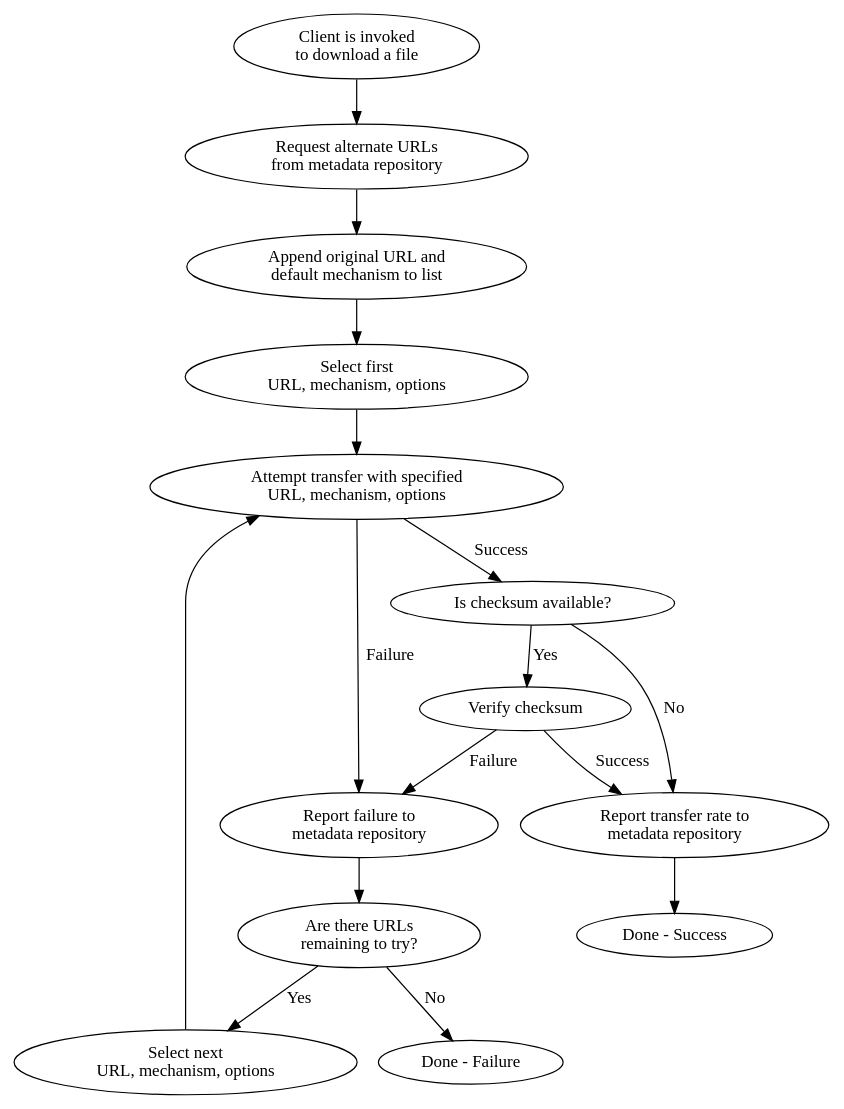
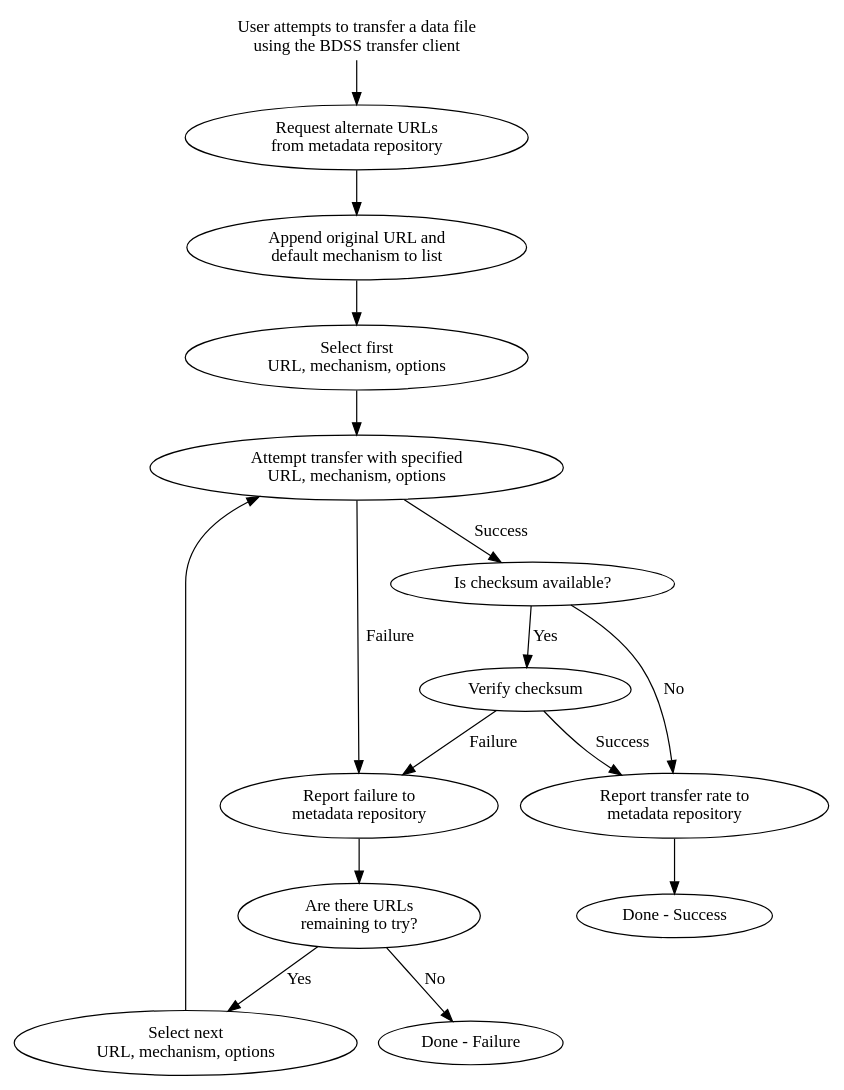
The diagram in client/docs/actions/transfer_workflow.dot (feltus/BDSS), drawn with Graphviz before and after one commit. The commit also changed 3 other files, not shown here.

Commit message:
Add user node to workflow diagrams

```diff
--- a/client/docs/actions/transfer_workflow.dot
+++ b/client/docs/actions/transfer_workflow.dot
@@ -1,81 +1,82 @@
 digraph {
 
     start[
-        label="Client is invoked\nto download a file"
+        label="User attempts to transfer a data file\nusing the BDSS transfer client"
+        shape=plaintext
     ]
 
     start -> request_alternate_urls
 
     request_alternate_urls[
         label="Request alternate URLs\nfrom metadata repository"
     ]
 
     request_alternate_urls -> append_defaults
 
     append_defaults[
         label="Append original URL and\ndefault mechanism to list"
     ]
 
     append_defaults -> first_url
 
     first_url[
         label="Select first\nURL, mechanism, options"
     ]
 
     first_url -> attempt_transfer
 
     attempt_transfer[
         label="Attempt transfer with specified\nURL, mechanism, options"
     ]
 
     next_url[
         label="Select next\nURL, mechanism, options"
     ]
 
     attempt_transfer -> is_checksum_available[label="Success"]
     attempt_transfer -> report_failure[label="Failure"]
 
     report_failure[
         label="Report failure to\nmetadata repository"
     ]
 
     report_failure -> remaining_urls
 
     remaining_urls[
         label="Are there URLs\nremaining to try?"
     ]
 
     remaining_urls -> next_url[label="Yes"]
     remaining_urls -> done_failure[label="No"]
 
     next_url -> attempt_transfer
 
     is_checksum_available[
         label="Is checksum available?"
     ]
 
     is_checksum_available -> verify_checksum[label="Yes"]
     is_checksum_available -> report_timing[label="No"]
 
     verify_checksum[
         label="Verify checksum"
     ]
 
     verify_checksum -> report_timing[label="Success"]
     verify_checksum -> report_failure[label="Failure"]
 
     report_timing[
         label="Report transfer rate to\nmetadata repository"
     ]
 
     report_timing -> done_success
 
     done_failure[
         label="Done - Failure"
     ]
 
     done_success[
         label="Done - Success"
     ]
 
 }
```
